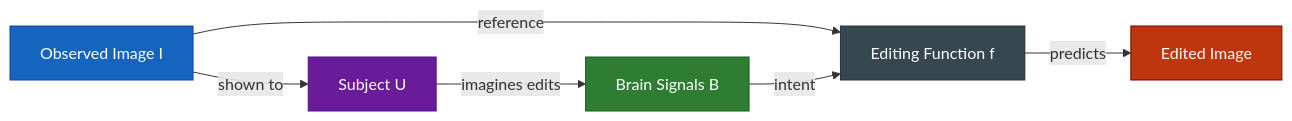
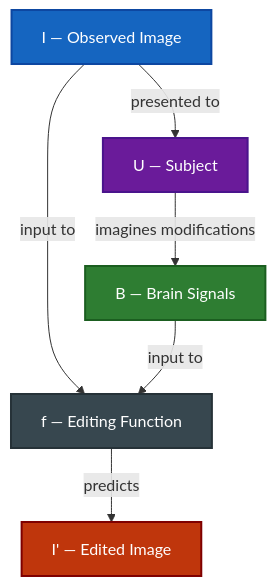
Before and after one commit to nghialt3670/vision-brain-modeling: the third of 4 diagrams in resources/slides/brain-to-image-editing-introduction.md, drawn with Mermaid. The commit also changed other lines of this file and 5 other files, not shown here.

```diff
--- a/resources/slides/brain-to-image-editing-introduction.md
+++ b/resources/slides/brain-to-image-editing-introduction.md
@@ -95,13 +185,16 @@
 <pre class="mermaid">
-graph LR
-    I["Observed Image I"] -->|shown to| U["Subject U"]
-    U -->|imagines edits| B["Brain Signals B"]
-    I -->|reference| F["Editing Function f"]
-    B -->|intent| F
-    F -->|predicts| IP["Edited Image"]
-    style I fill:#1565c0,color:#fff,stroke:#0d47a1
-    style U fill:#6a1b9a,color:#fff,stroke:#4a148c
-    style B fill:#2e7d32,color:#fff,stroke:#1b5e20
-    style F fill:#37474f,color:#fff,stroke:#263238
-    style IP fill:#bf360c,color:#fff,stroke:#7f0000
+graph TD
+    I["I — Observed Image"] -->|presented to| U["U — Subject"]
+    U -->|imagines modifications| B["B — Brain Signals"]
+
+    I -->|input to| F["f — Editing Function"]
+    B -->|input to| F
+
+    F -->|predicts| IP["I' — Edited Image"]
+
+    style I fill:#1565c0,color:#fff,stroke:#0d47a1,stroke-width:2px
+    style U fill:#6a1b9a,color:#fff,stroke:#4a148c,stroke-width:2px
+    style B fill:#2e7d32,color:#fff,stroke:#1b5e20,stroke-width:2px
+    style F fill:#37474f,color:#fff,stroke:#263238,stroke-width:2px
+    style IP fill:#bf360c,color:#fff,stroke:#7f0000,stroke-width:2px
 </pre>
```
